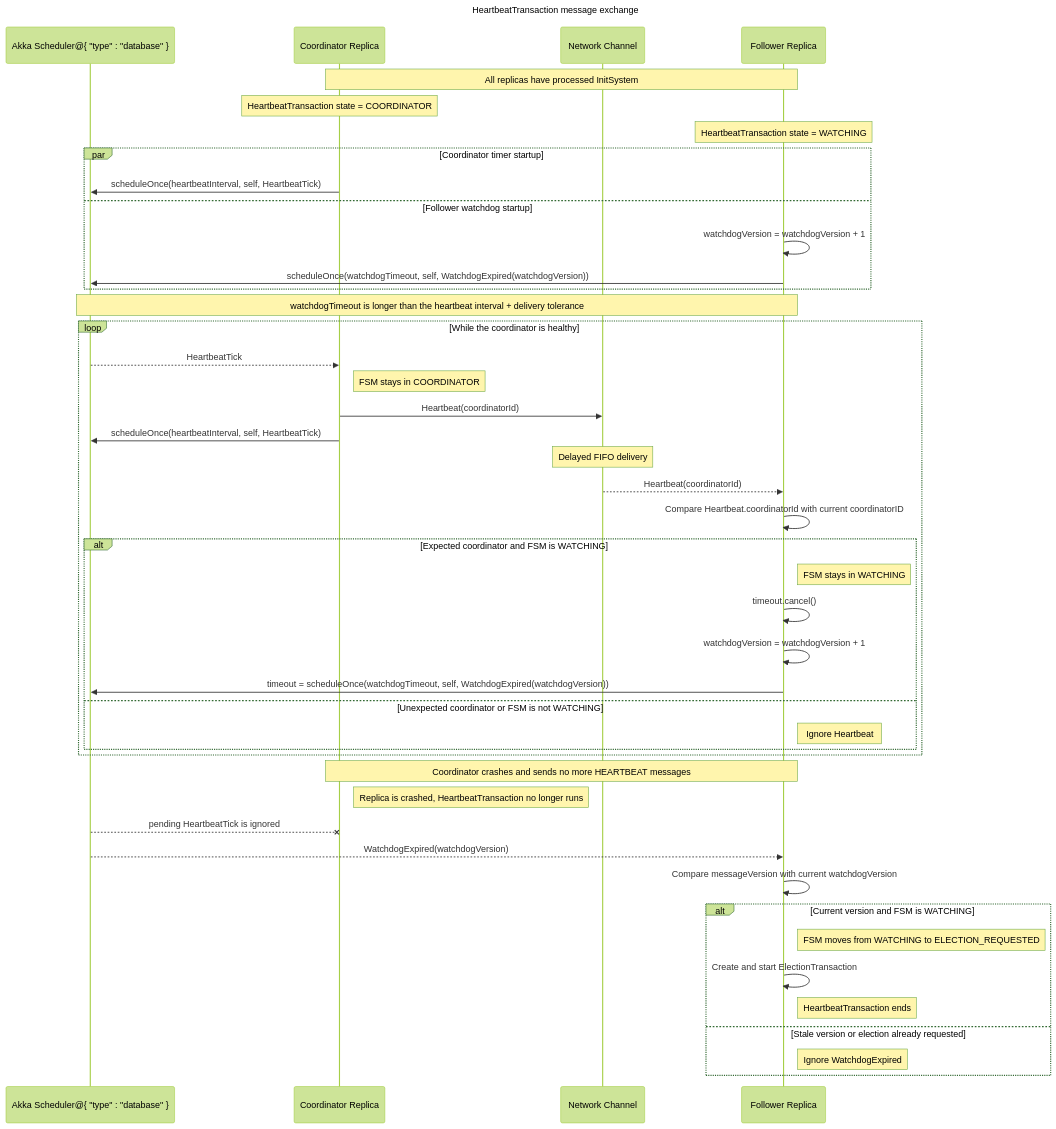
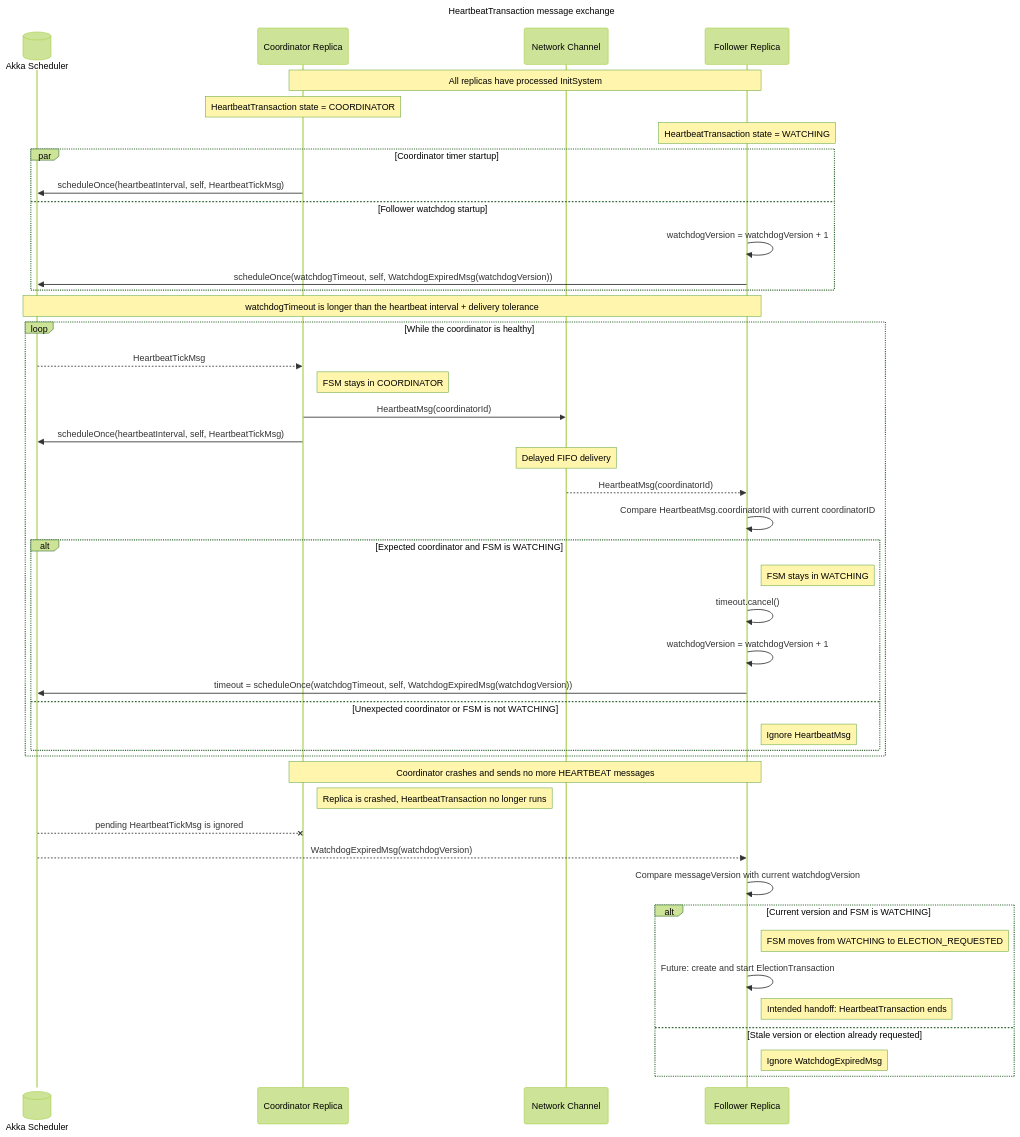
Before and after one commit to alanmasu/CoreDump_DS_Project: the diagram in charts/TransactionHeartbeatSequence.mmd, drawn with Mermaid. The commit also changed 7 other files, not shown here.

Commit message:
feat: Add HeartbeatTransaction FSM diagrams and message class UMLs

```diff
--- a/charts/TransactionHeartbeatSequence.mmd
+++ b/charts/TransactionHeartbeatSequence.mmd
@@ -1,122 +1,124 @@
 ---
 title: HeartbeatTransaction message exchange
 config:
     theme: forest
 ---
 
 sequenceDiagram
 
     %% HeartbeatTransaction is a normal Java object owned by Replica, not an
     %% Akka actor with its own mailbox. For that reason, the diagram shows the
     %% Replica actors as participants and describes transaction states in notes.
 
     %% S is the ActorSystem scheduler. C is the current coordinator actor.
     %% N represents the latency-aware FIFO NetworkChannel between C and one
     %% representative follower F. A real broadcast uses one channel per target.
-    participant S as Akka Scheduler@{ "type" : "database" }
+    participant S@{ "type" : "database", "alias": "Akka Scheduler" }
 
     participant C as Coordinator Replica
     participant N as Network Channel
     participant F as Follower Replica
 
     %% Master and InitSystem are intentionally outside this diagram's scope.
     %% Heartbeat timers start only after each Replica has processed InitSystem
     %% and knows both the group membership and current coordinator ID.
     Note over C,F: All replicas have processed InitSystem
 
-    %% These notes connect the message exchange to TransactionHeartbeatFSM.mmd.
+    %% These notes connect the message exchange to
+    %% TransactionHeartbeatCoordinatorFSM.mmd and
+    %% TransactionHeartbeatFollowerFSM.mmd.
     %% One HeartbeatTransaction is active per Replica for one coordinator term.
     Note over C: HeartbeatTransaction state = COORDINATOR
     Note over F: HeartbeatTransaction state = WATCHING
 
     %% The two startup operations are independent, so their execution order is
     %% not important. scheduleOnce is an Akka Scheduler API call, not a network
     %% protocol message. "self" means the scheduling Replica's own ActorRef.
     %% The full Java call will also supply a dispatcher and sender ActorRef.
     par Coordinator timer startup
-        C ->> S: scheduleOnce(heartbeatInterval, self, HeartbeatTick)
+        C ->> S: scheduleOnce(heartbeatInterval, self, HeartbeatTickMsg)
     and Follower watchdog startup
         %% watchdogVersion is local to F and starts at 0. Every newly armed
-        %% watchdog increments it before placing that value in WatchdogExpired.
+        %% watchdog increments it before placing that value in WatchdogExpiredMsg.
         %% The value never travels through NetworkChannel or to another Replica.
         F ->> F: watchdogVersion = watchdogVersion + 1
-        F ->> S: scheduleOnce(watchdogTimeout, self, WatchdogExpired(watchdogVersion))
+        F ->> S: scheduleOnce(watchdogTimeout, self, WatchdogExpiredMsg(watchdogVersion))
     end
 
     %% Akka is not a real-time system, so startup call order alone cannot ensure
-    %% that HEARTBEAT arrives before WatchdogExpired. The watchdog duration must
+    %% that HeartbeatMsg arrives before WatchdogExpiredMsg. The watchdog duration must
     %% leave room for the heartbeat interval, channel latency, and scheduling
     %% tolerance. The exact timeout formula will be defined in one Java helper.
     Note over S,F: watchdogTimeout is longer than the heartbeat interval + delivery tolerance
 
     %% We use recursive one-shot scheduling rather than a repeating fixed-rate
-    %% task: handling one HeartbeatTick sends HEARTBEAT and schedules the next
-    %% HeartbeatTick. This makes timer ownership and cancellation explicit.
+    %% task: handling one HeartbeatTickMsg sends HeartbeatMsg and schedules the next
+    %% HeartbeatTickMsg. This makes timer ownership and cancellation explicit.
     loop While the coordinator is healthy
         %% -->> represents delayed/asynchronous delivery into C's actor mailbox.
-        %% HeartbeatTick is internal; it is never broadcast to followers.
-        S -->> C: HeartbeatTick
+        %% HeartbeatTickMsg is internal; it is never broadcast to followers.
+        S -->> C: HeartbeatTickMsg
         Note right of C: FSM stays in COORDINATOR
 
-        %% Heartbeat contains the ID of the Replica that sent it.
-        C ->> N: Heartbeat(coordinatorId)
-        C ->> S: scheduleOnce(heartbeatInterval, self, HeartbeatTick)
+        %% HeartbeatMsg contains the ID of the Replica that sent it.
+        C ->> N: HeartbeatMsg(coordinatorId)
+        C ->> S: scheduleOnce(heartbeatInterval, self, HeartbeatTickMsg)
 
         %% NetworkChannel delays the message and delivers it asynchronously.
         Note over N: Delayed FIFO delivery
-        N -->> F: Heartbeat(coordinatorId)
+        N -->> F: HeartbeatMsg(coordinatorId)
 
         %% The follower validates the sender before resetting its watchdog.
-        F ->> F: Compare Heartbeat.coordinatorId with current coordinatorID
+        F ->> F: Compare HeartbeatMsg.coordinatorId with current coordinatorID
 
         alt Expected coordinator and FSM is WATCHING
             %% An accepted heartbeat proves that the coordinator is alive.
             Note right of F: FSM stays in WATCHING
 
             %% cancel() is a local call, not a message to the Scheduler.
             F ->> F: timeout.cancel()
 
             %% Create a new watchdog with a newer version.
             F ->> F: watchdogVersion = watchdogVersion + 1
-            F ->> S: timeout = scheduleOnce(watchdogTimeout, self, WatchdogExpired(watchdogVersion))
+            F ->> S: timeout = scheduleOnce(watchdogTimeout, self, WatchdogExpiredMsg(watchdogVersion))
         else Unexpected coordinator or FSM is not WATCHING
             %% Invalid or irrelevant heartbeats cannot reset the watchdog.
-            Note right of F: Ignore Heartbeat
+            Note right of F: Ignore HeartbeatMsg
         end
     end
 
 
     %% The healthy loop ends when the coordinator crashes. No HEARTBEAT arrow
     %% is drawn here because a crashed coordinator sends nothing.
     Note over C,F: Coordinator crashes and sends no more HEARTBEAT messages
 
     %% The crashed coordinator cannot cancel its timer or perform another state
-    %% transition. A HeartbeatTick that was scheduled before the crash may still
-    %% be sent, but the crashed Replica ignores it and broadcasts no HEARTBEAT.
+    %% transition. A HeartbeatTickMsg that was scheduled before the crash may still
+    %% be sent, but the crashed Replica ignores it and broadcasts no HeartbeatMsg.
     Note right of C: Replica is crashed, HeartbeatTransaction no longer runs
-    S --x C: pending HeartbeatTick is ignored
+    S --x C: pending HeartbeatTickMsg is ignored
 
-    %% Since no valid HEARTBEAT resets the follower's watchdog, Akka
-    %% eventually delivers the WatchdogExpired object created by scheduleOnce().
-    S -->> F: WatchdogExpired(watchdogVersion)
+    %% Since no valid HeartbeatMsg resets the follower's watchdog, Akka eventually
+    %% delivers the WatchdogExpiredMsg object created by scheduleOnce().
+    S -->> F: WatchdogExpiredMsg(watchdogVersion)
     F ->> F: Compare messageVersion with current watchdogVersion
 
     %% The version check distinguishes the active watchdog from a cancelled
     %% watchdog message that reached the mailbox too late to be removed.
     alt Current version and FSM is WATCHING
         %% Changing state first prevents later timeout messages from starting
         %% additional elections.
         Note right of F: FSM moves from WATCHING to ELECTION_REQUESTED
 
-        %% ElectionTransaction is a normal Java object owned by the same Replica,
-        %% so this self-arrow represents an internal constructor/start call.
-        F ->> F: Create and start ElectionTransaction
+        %% ElectionTransaction will be a normal Java object owned by the same
+        %% Replica. Its construction and startup are not implemented yet.
+        F ->> F: Future: create and start ElectionTransaction
 
-        %% The heartbeat transaction belonged to the failed coordinator term.
-        %% ElectionTransaction now owns the recovery process, so this instance ends.
-        Note right of F: HeartbeatTransaction ends
+        %% Once that integration exists, ElectionTransaction will own the recovery
+        %% process and this heartbeat transaction will end.
+        Note right of F: Intended handoff: HeartbeatTransaction ends
     else Stale version or election already requested
-        %% Either the watchdog was reset by a newer HEARTBEAT, or another valid
+        %% Either the watchdog was reset by a newer HeartbeatMsg, or another valid
         %% timeout has already started an election. No action should be repeated.
-        Note right of F: Ignore WatchdogExpired
+        Note right of F: Ignore WatchdogExpiredMsg
     end
```
